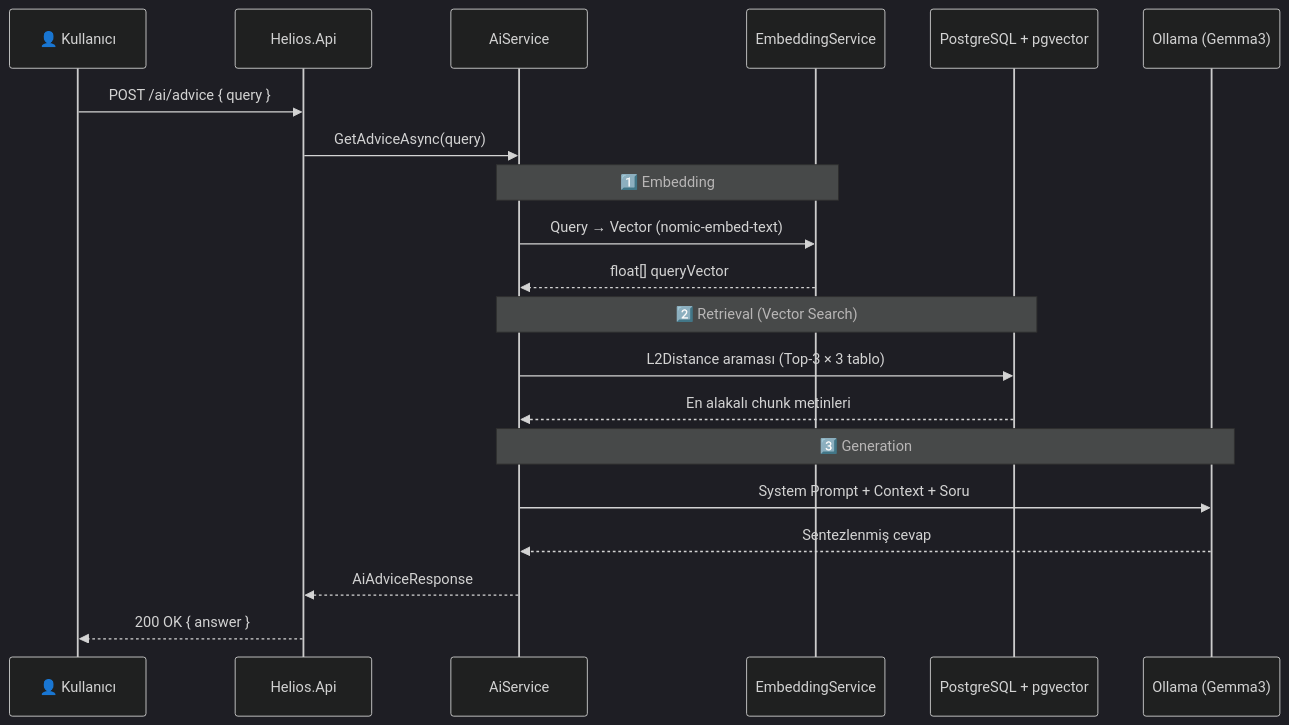
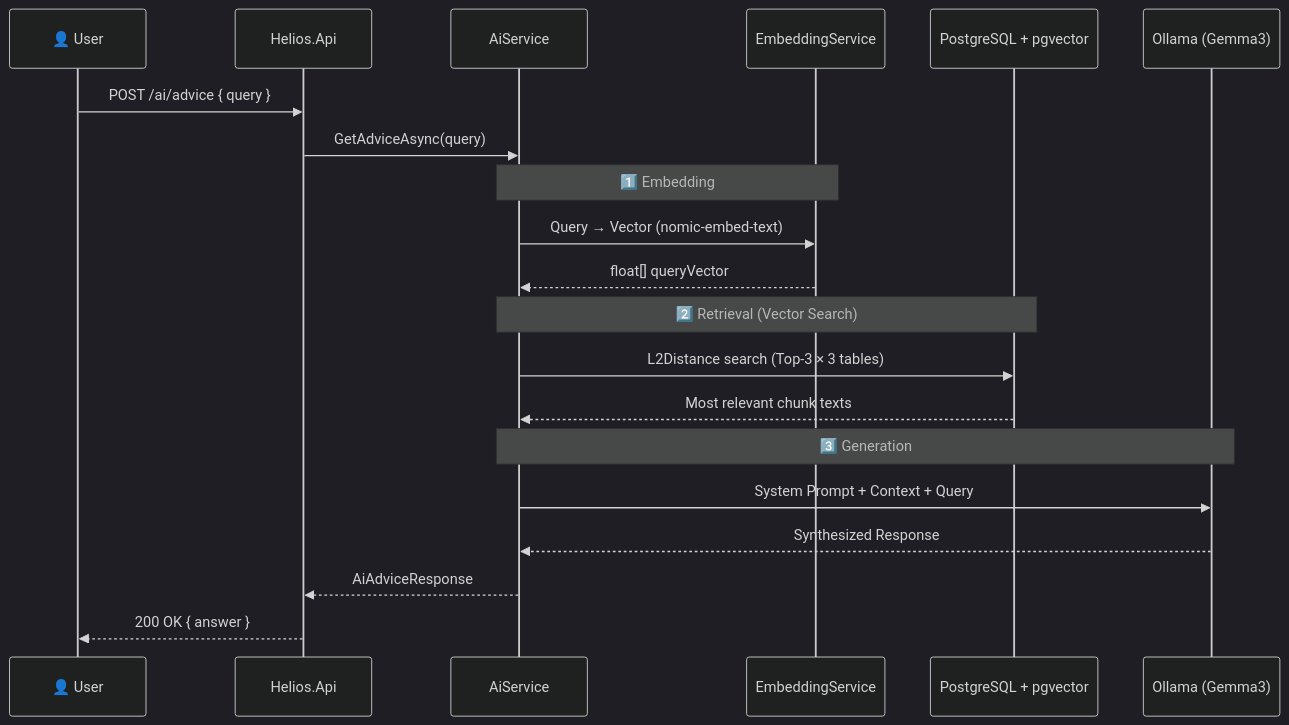
Before and after one commit to ozcanyureklioglu/vectomera: the second of 4 diagrams in README.md, drawn with Mermaid (dark theme). The commit also changed other lines of this file and 1 other file, not shown here.

````diff
--- a/README.md
+++ b/README.md
@@ -50,27 +50,27 @@
 ```mermaid
 sequenceDiagram
-    participant User as 👤 Kullanıcı
+    participant User as 👤 User
     participant API as Helios.Api
     participant AI as AiService
     participant EMB as EmbeddingService
     participant PG as PostgreSQL + pgvector
     participant LLM as Ollama (Gemma3)
 
     User->>API: POST /ai/advice { query }
     API->>AI: GetAdviceAsync(query)
     
     Note over AI,EMB: 1️⃣ Embedding
     AI->>EMB: Query → Vector (nomic-embed-text)
     EMB-->>AI: float[] queryVector
 
     Note over AI,PG: 2️⃣ Retrieval (Vector Search)
-    AI->>PG: L2Distance araması (Top-3 × 3 tablo)
-    PG-->>AI: En alakalı chunk metinleri
+    AI->>PG: L2Distance search (Top-3 × 3 tables)
+    PG-->>AI: Most relevant chunk texts
 
     Note over AI,LLM: 3️⃣ Generation
-    AI->>LLM: System Prompt + Context + Soru
-    LLM-->>AI: Sentezlenmiş cevap
+    AI->>LLM: System Prompt + Context + Query
+    LLM-->>AI: Synthesized Response
     
     AI-->>API: AiAdviceResponse
     API-->>User: 200 OK { answer }
 ```
````
